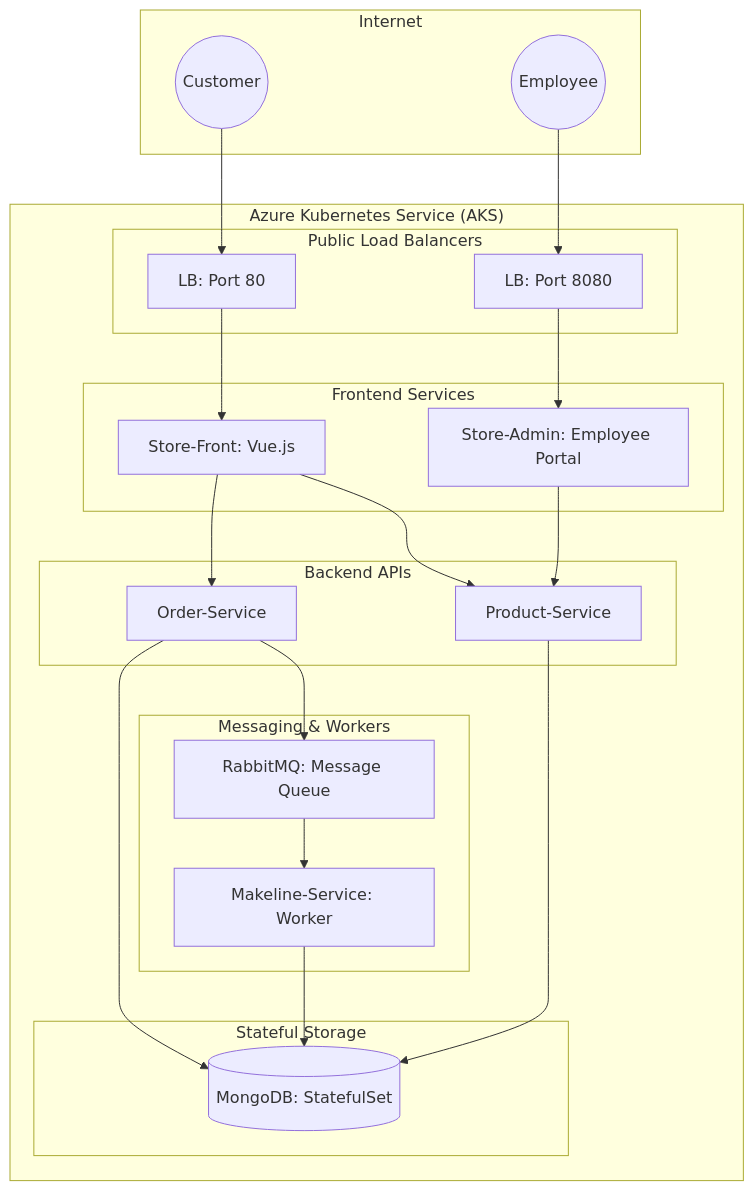
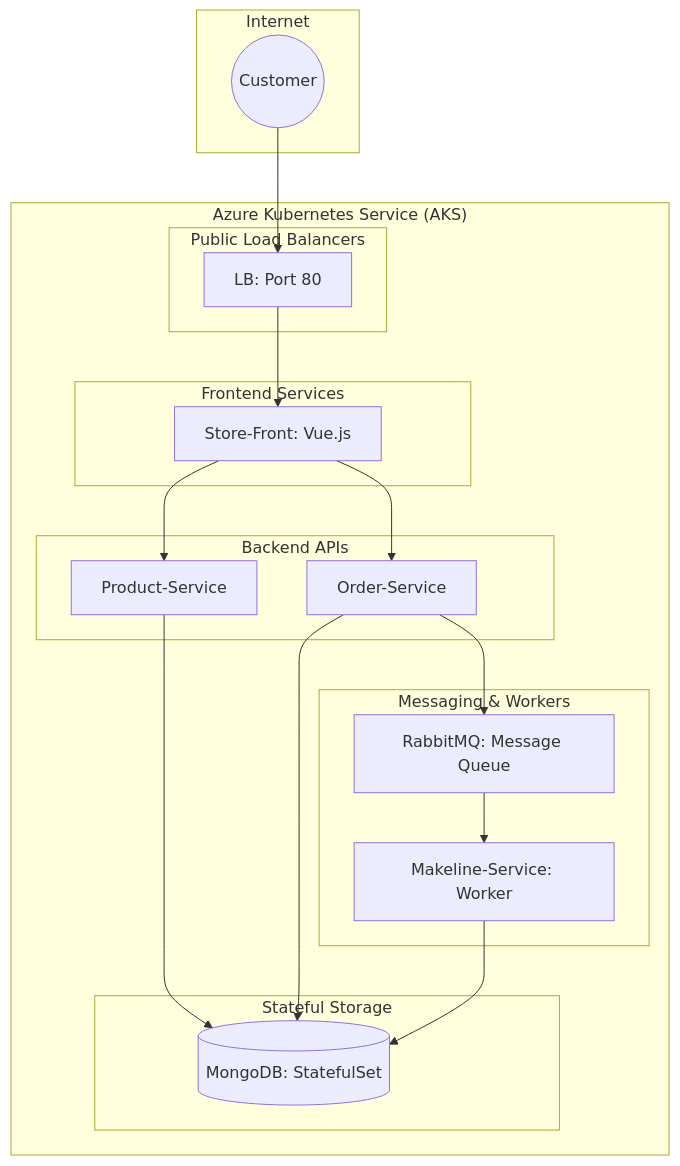
One commit to harshdeep1230/best-buy-infrastructure changed the diagram in README.md. Above: the diagram before and after it, drawn with Mermaid.

````diff
--- a/README.md
+++ b/README.md
@@ -25,48 +25,43 @@
 ```mermaid
 graph TD
     subgraph Internet
         User((Customer))
-        Admin((Employee))
     end
 
     subgraph "Azure Kubernetes Service (AKS)"
         subgraph "Public Load Balancers"
             LB1[LB: Port 80]
-            LB2[LB: Port 8080]
         end
 
         subgraph "Frontend Services"
             SF[Store-Front: Vue.js]
-            SA[Store-Admin: Employee Portal]
         end
 
         subgraph "Backend APIs"
             PS[Product-Service]
             OS[Order-Service]
         end
 
         subgraph "Messaging & Workers"
             MQ[RabbitMQ: Message Queue]
             ML[Makeline-Service: Worker]
         end
 
         subgraph "Stateful Storage"
             DB[(MongoDB: StatefulSet)]
         end
     end
 
     %% Connections
     User --> LB1 --> SF
-    Admin --> LB2 --> SA
     
     SF --> PS
     SF --> OS
-    SA --> PS
     
     OS --> MQ
     MQ --> ML
     
     PS --> DB
     OS --> DB
     ML --> DB
 ```
````
